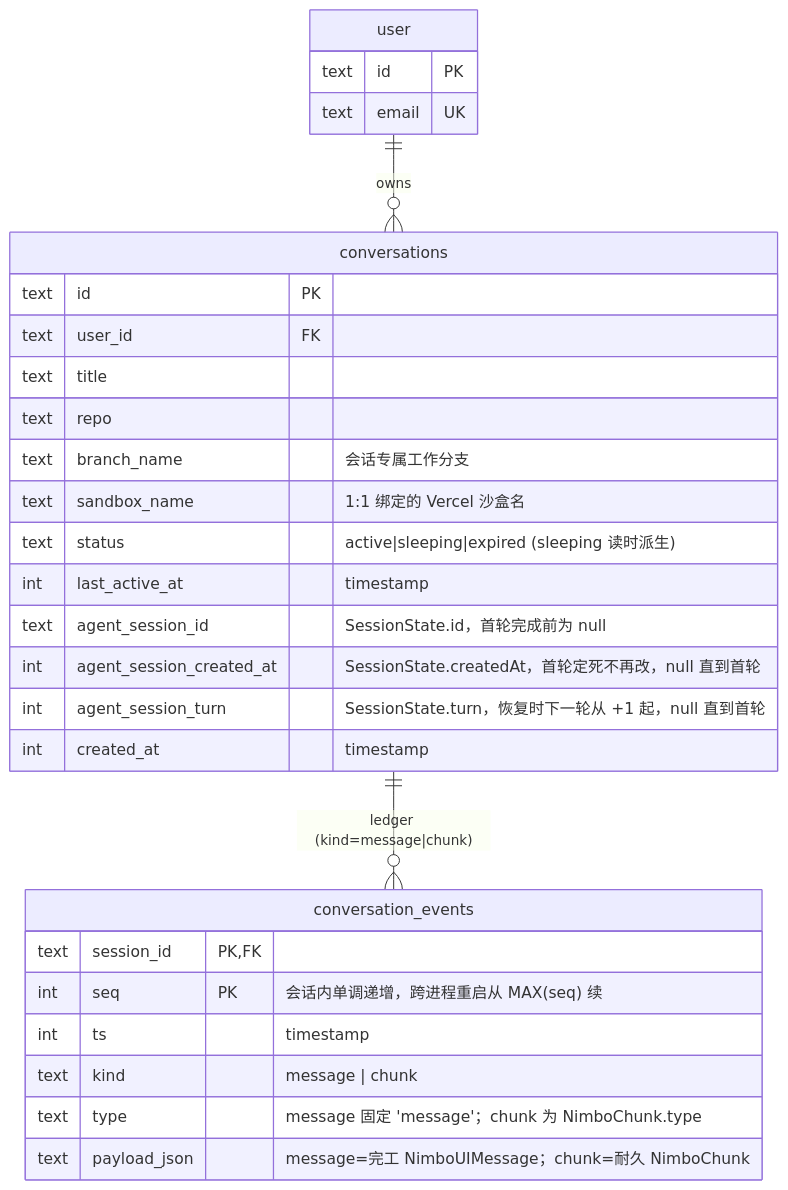
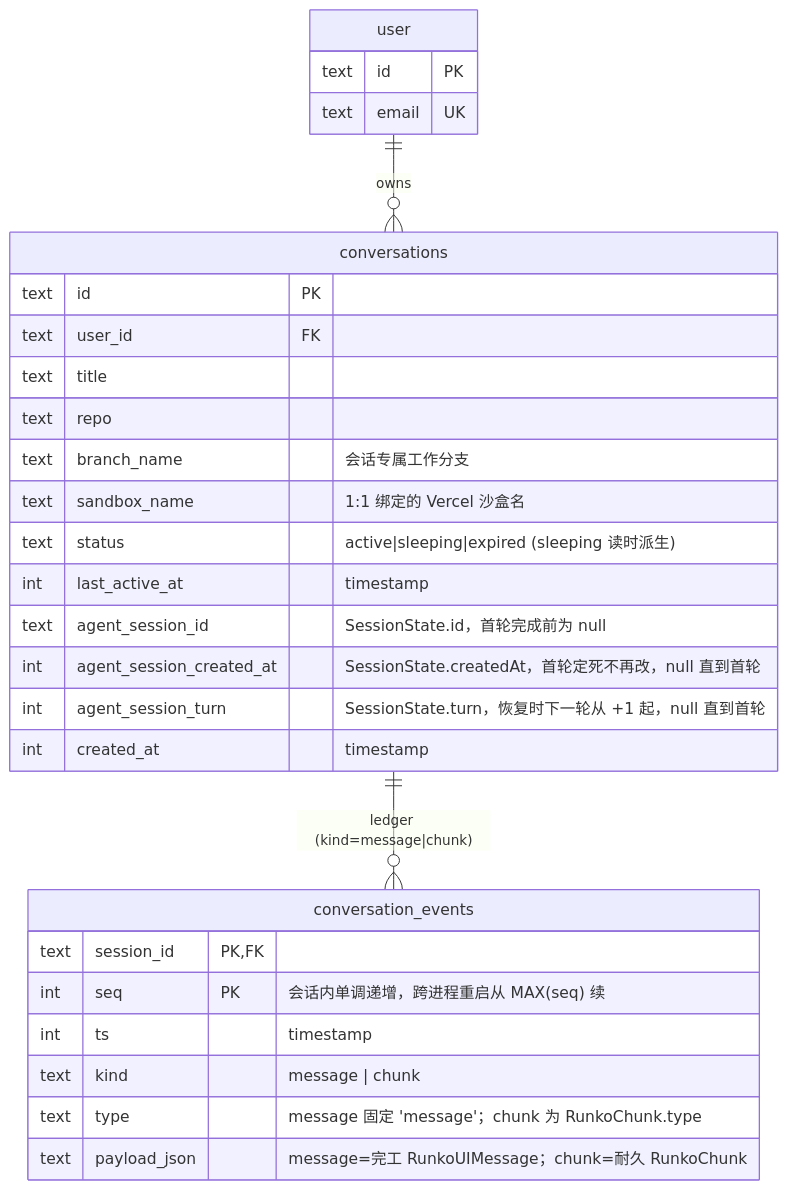
One commit to ludafa/runko changed the first of 2 diagrams in docs/ingress/tech/chat-webapp.md. Above: the diagram before and after it, drawn with Mermaid. The commit also changed other lines of this file and 450 other files, not shown here.

First line of the commit message:
refactor: 全仓库改名 nimbo → runko，库表名改用 agent_ 前缀

````diff
--- a/docs/ingress/tech/chat-webapp.md
+++ b/docs/ingress/tech/chat-webapp.md
@@ -32,34 +32,34 @@
 ```mermaid
 erDiagram
     user ||--o{ conversations : owns
     conversations ||--o{ conversation_events : "ledger (kind=message|chunk)"
 
     user {
         text id PK
         text email UK
     }
 
     conversations {
         text id PK
         text user_id FK
         text title
         text repo
         text branch_name "会话专属工作分支"
         text sandbox_name "1:1 绑定的 Vercel 沙盒名"
         text status "active|sleeping|expired (sleeping 读时派生)"
         int  last_active_at "timestamp"
         text agent_session_id "SessionState.id，首轮完成前为 null"
         int  agent_session_created_at "SessionState.createdAt，首轮定死不再改，null 直到首轮"
         int  agent_session_turn "SessionState.turn，恢复时下一轮从 +1 起，null 直到首轮"
         int  created_at "timestamp"
     }
 
     conversation_events {
         text session_id PK,FK
         int  seq PK "会话内单调递增，跨进程重启从 MAX(seq) 续"
         int  ts "timestamp"
         text kind "message | chunk"
-        text type "message 固定 'message'；chunk 为 NimboChunk.type"
-        text payload_json "message=完工 NimboUIMessage；chunk=耐久 NimboChunk"
+        text type "message 固定 'message'；chunk 为 RunkoChunk.type"
+        text payload_json "message=完工 RunkoUIMessage；chunk=耐久 RunkoChunk"
     }
 ```
````
